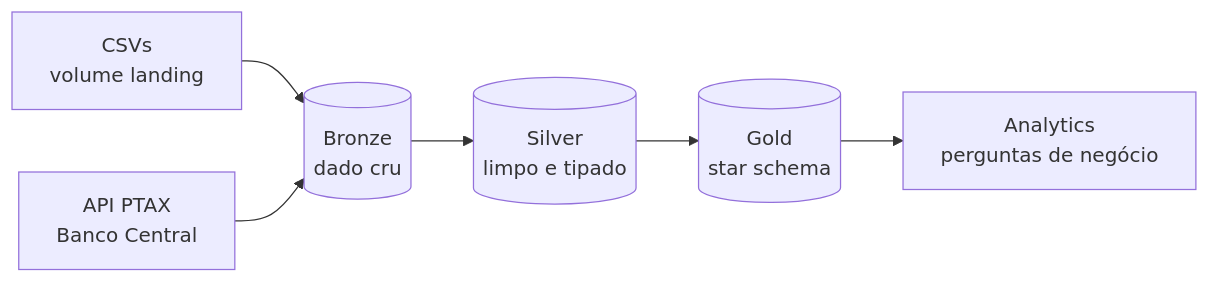
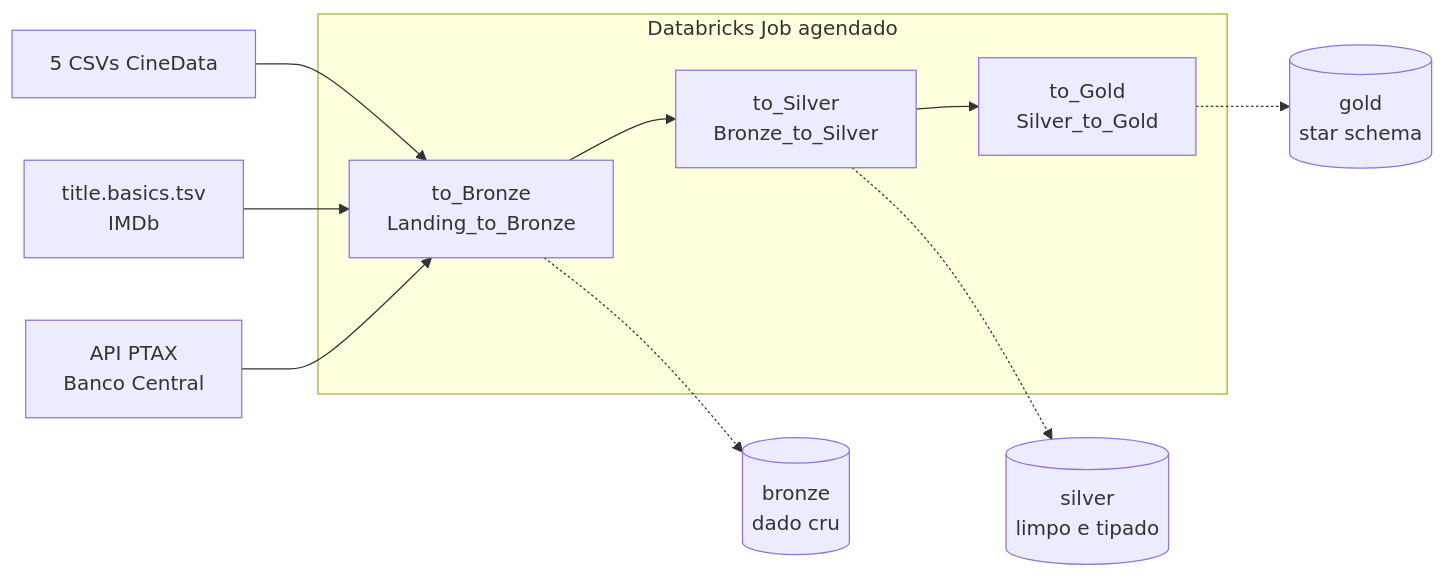
One commit to MDuqi/RocketLab-activities changed the first of 2 diagrams in activity-3/README.md. Above: the diagram before and after it, drawn with Mermaid. The commit also changed other lines of this file and 4 other files, not shown here.

````diff
--- a/activity-3/README.md
+++ b/activity-3/README.md
@@ -15,8 +29,12 @@
 ```mermaid
 flowchart LR
-    A[CSVs<br/>volume landing] --> B[(Bronze<br/>dado cru)]
-    API[API PTAX<br/>Banco Central] --> B
-    B --> S[(Silver<br/>limpo e tipado)]
-    S --> G[(Gold<br/>star schema)]
-    G --> AN[Analytics<br/>perguntas de negócio]
+    subgraph JOB [Databricks Job agendado]
+        TB[to_Bronze<br/>Landing_to_Bronze] --> TS[to_Silver<br/>Bronze_to_Silver] --> TG[to_Gold<br/>Silver_to_Gold]
+    end
+    CSV[5 CSVs CineData] --> TB
+    IMDB[title.basics.tsv<br/>IMDb] --> TB
+    API[API PTAX<br/>Banco Central] --> TB
+    TB -.-> B[(bronze<br/>dado cru)]
+    TS -.-> S[(silver<br/>limpo e tipado)]
+    TG -.-> G[(gold<br/>star schema)]
 ```
````
